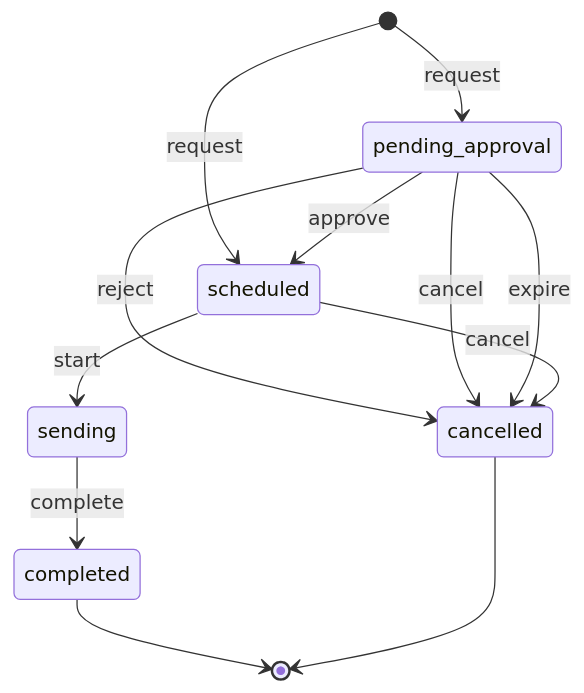
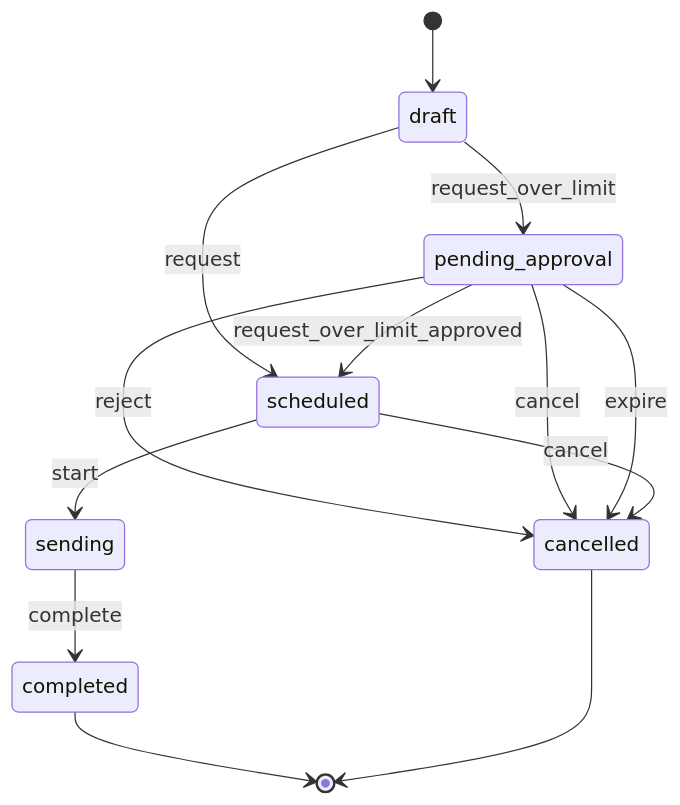
Before and after one commit to renox-rs/white-label: the third of 3 diagrams in docs/modules/wl-notify.md, drawn with Mermaid. The commit also changed other lines of this file, not shown here.

````diff
--- a/docs/modules/wl-notify.md
+++ b/docs/modules/wl-notify.md
@@ -189,14 +197,15 @@
 ```mermaid
 stateDiagram-v2
-  [*] --> pending_approval: request
-  [*] --> scheduled: request
-  pending_approval --> scheduled: approve
+  [*] --> draft
+  draft --> pending_approval: request_over_limit
+  draft --> scheduled: request
+  pending_approval --> scheduled: request_over_limit_approved
   pending_approval --> cancelled: reject
   pending_approval --> cancelled: cancel
   pending_approval --> cancelled: expire
   scheduled --> sending: start
   scheduled --> cancelled: cancel
   sending --> completed: complete
   completed --> [*]
   cancelled --> [*]
 ```
````
